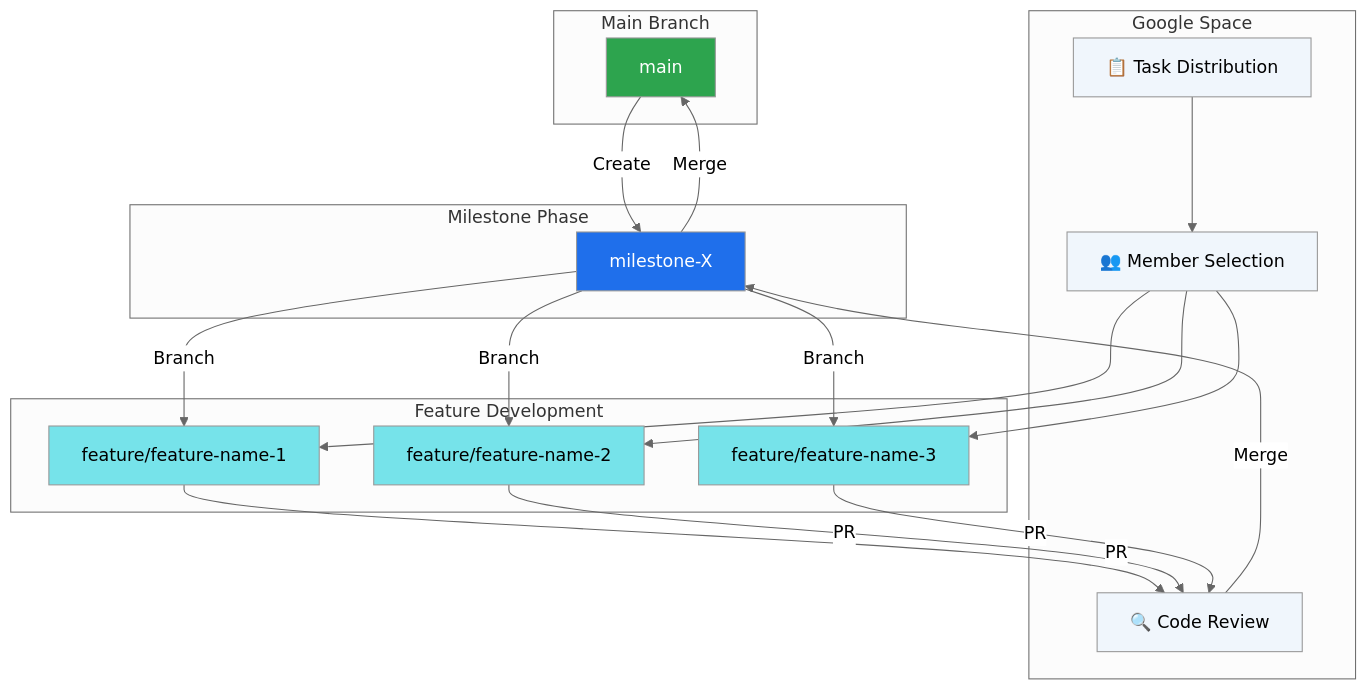
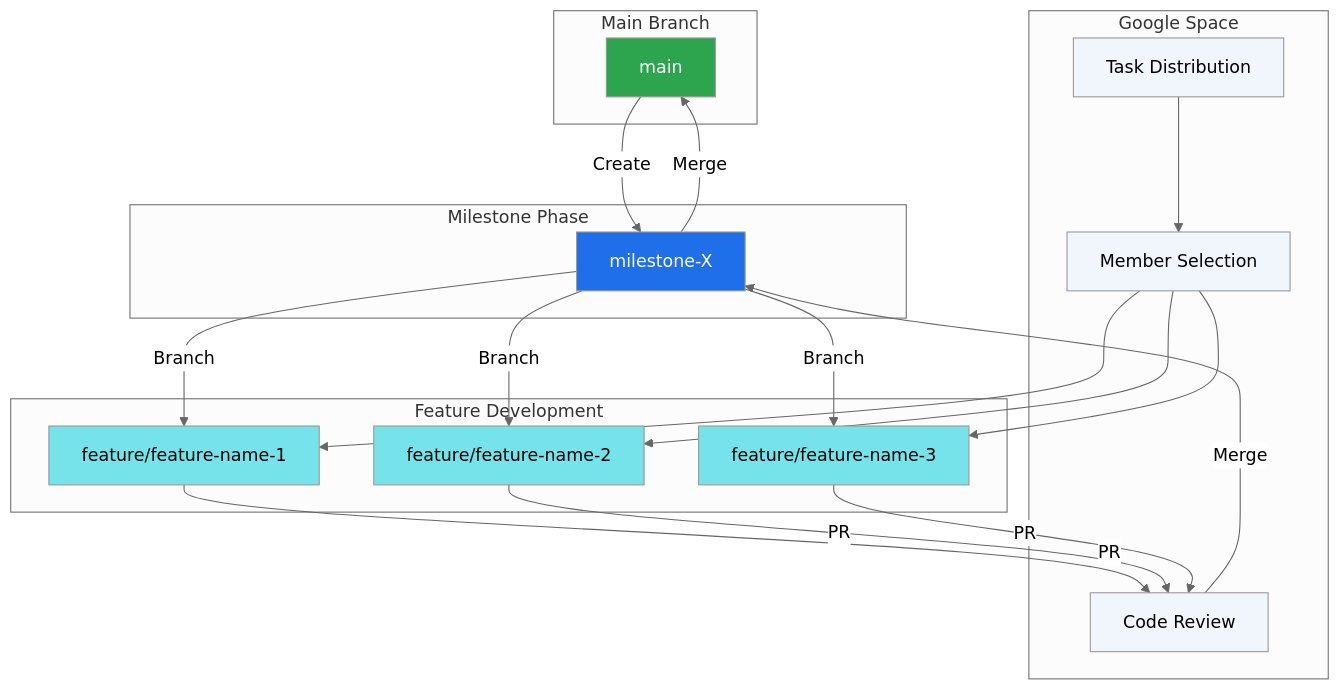
Before and after one commit to Gracielleee/DevOps: the diagram in docs/WORKFLOW.md, drawn with Mermaid (neutral theme). The commit also changed other lines of this file, not shown here.

````diff
--- a/docs/WORKFLOW.md
+++ b/docs/WORKFLOW.md
@@ -10,49 +11,49 @@
 ```mermaid
 graph TD
     subgraph "Main Branch"
         MAIN[main]
     end
     
     subgraph "Milestone Phase"
         MILESTONE[milestone-X]
     end
     
     subgraph "Feature Development"
         FEATURE1[feature/feature-name-1]
         FEATURE2[feature/feature-name-2]
         FEATURE3[feature/feature-name-3]
     end
     
     subgraph "Google Space"
-        TASKS[📋 Task Distribution]
-        SELECT[👥 Member Selection]
-        REVIEW[🔍 Code Review]
+        TASKS[ Task Distribution]
+        SELECT[ Member Selection]
+        REVIEW[ Code Review]
     end
     
     MAIN -->|Create| MILESTONE
     MILESTONE -->|Branch| FEATURE1
     MILESTONE -->|Branch| FEATURE2
     MILESTONE -->|Branch| FEATURE3
     
     TASKS --> SELECT
     SELECT --> FEATURE1
     SELECT --> FEATURE2
     SELECT --> FEATURE3
     
     FEATURE1 -->|PR| REVIEW
     FEATURE2 -->|PR| REVIEW
     FEATURE3 -->|PR| REVIEW
     
     REVIEW -->|Merge| MILESTONE
     MILESTONE -->|Merge| MAIN
     
     style MAIN fill:#2da44e,color:#fff
     style MILESTONE fill:#1f6feb,color:#fff
     style FEATURE1 fill:#76e3ea,color:#000
     style FEATURE2 fill:#76e3ea,color:#000
     style FEATURE3 fill:#76e3ea,color:#000
     style TASKS fill:#f0f6fc,color:#000
     style SELECT fill:#f0f6fc,color:#000
     style REVIEW fill:#f0f6fc,color:#000
 
 ```
````
